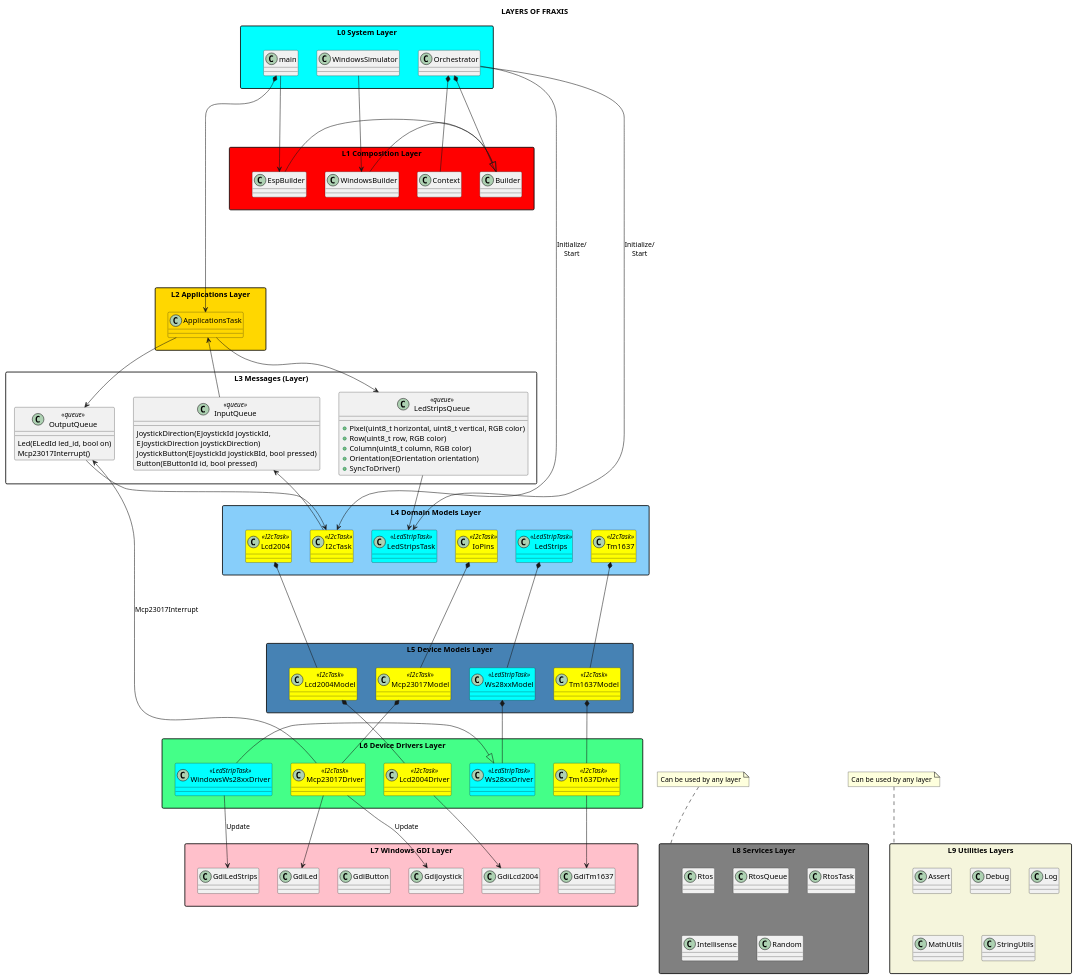
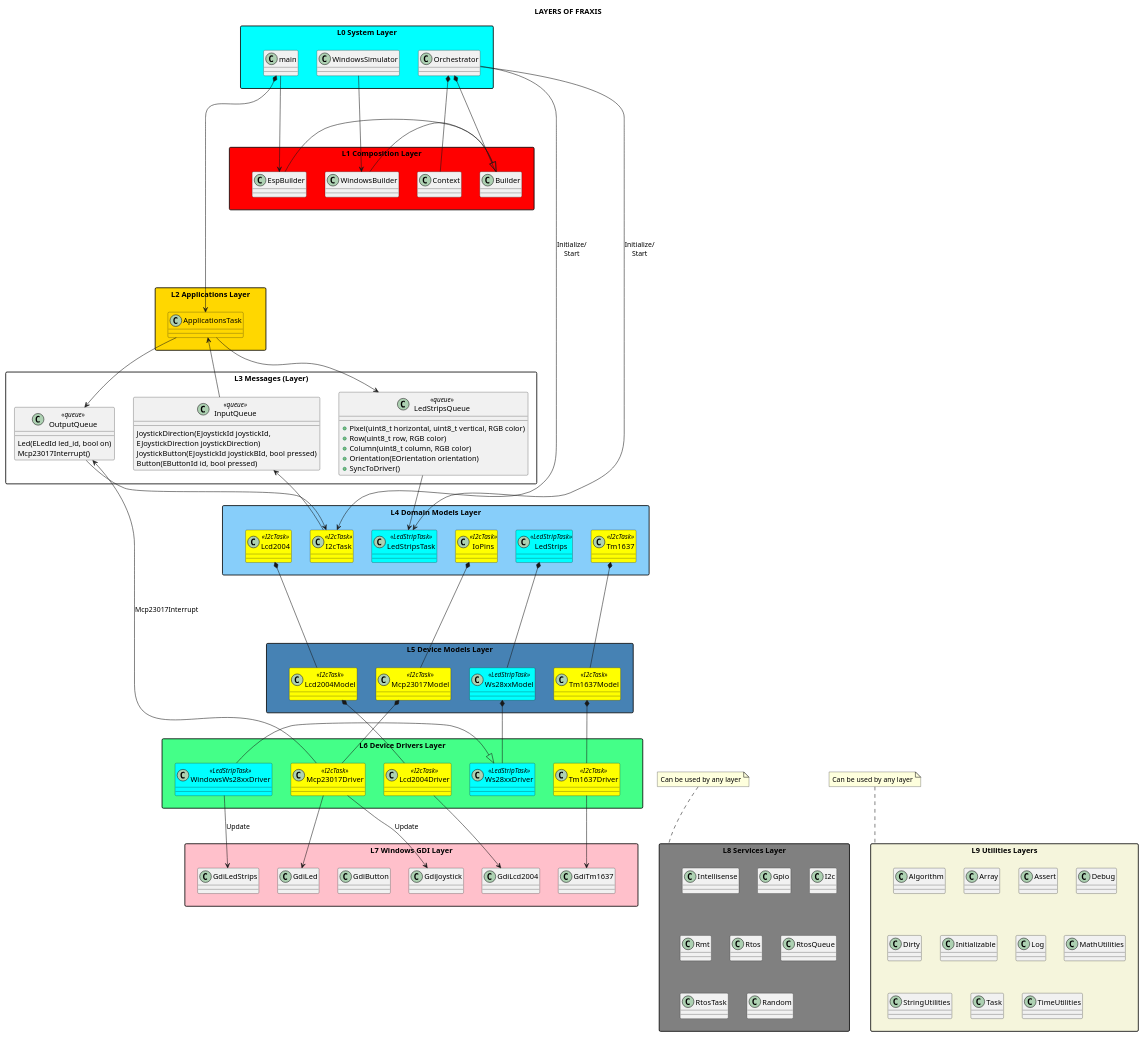
One commit to michelkeijzers/fraxis changed the diagram in Docs/Software Design/Layers/0_layers_overview.puml. Above: the diagram before and after it, drawn with PlantUML. The commit also changed 18 other files, not shown here.

Commit message:
Updated UML and adapted small non functional changes

```diff
--- a/Docs/Software Design/Layers/0_layers_overview.puml
+++ b/Docs/Software Design/Layers/0_layers_overview.puml
@@ -1,185 +1,195 @@
 @startuml
 top to bottom direction
 
 title LAYERS OF FRAXIS
 
 skinparam packageStyle rectangle
 skinparam lineThickness 2
 
 package "L0 System Layer" as SystemLayer #cyan
 {
     class main {}
     class WindowsSimulator {}
     class Orchestrator {}
 }
 
 package "L1 Composition Layer" as CompositionLayer #red 
 {
     class Builder {}
     class EspBuilder {}
     class WindowsBuilder {}
     class Context {}
 
     EspBuilder -|> Builder
     WindowsBuilder -|> Builder
 }
 
 main --> EspBuilder
 WindowsSimulator --> WindowsBuilder
 
 Orchestrator *-- Builder
 Orchestrator *-- Context
 
 package "L2 Applications Layer" as ApplicationsLayer #gold
 {
     class ApplicationsTask #gold {}
 }
 
 SystemLayer -d[hidden]-- CompositionLayer 
 CompositionLayer -d[hidden]-- ApplicationsLayer
 
 main *-->ApplicationsTask
 
 package "L3 Messages (Layer)" as MessagesLayer #White
 {
     class LedStripsQueue <<queue>> 
     {
         + Pixel(uint8_t horizontal, uint8_t vertical, RGB color)
         + Row(uint8_t row, RGB color)
         + Column(uint8_t column, RGB color)
         + Orientation(EOrientation orientation)
         + SyncToDriver()
     }
 
     class OutputQueue <<queue>> 
     {
         Led(ELedId led_id, bool on)
         Mcp23017Interrupt()
     }
 
     class InputQueue <<queue>> 
     {
         JoystickDirection(EJoystickId joystickId, 
             EJoystickDirection joystickDirection)
         JoystickButton(EJoystickId joystickBId, bool pressed)
         Button(EButtonId id, bool pressed)
     }
 }
 
 package "L4 Domain Models Layer" as DomainModelsLayer #LightSkyBlue
 {
     class I2cTask <<I2cTask>> #yellow
     class IoPins <<I2cTask>> #yellow
     class Lcd2004 <<I2cTask>> #yellow
     class Tm1637 <<I2cTask>> #yellow
     class LedStripsTask <<LedStripTask>> #cyan
     class LedStrips <<LedStripTask>> #cyan
 }
 
 Orchestrator --> I2cTask: Initialize/\nStart
 Orchestrator --> LedStripsTask: Initialize/\nStart
 
 ApplicationsTask --> LedStripsQueue
 ApplicationsTask --> OutputQueue
 InputQueue       --> ApplicationsTask
 InputQueue -d[hidden]- DomainModelsLayer
 
 OutputQueue     --> I2cTask
 LedStripsQueue  --> LedStripsTask
 I2cTask         --> InputQueue
 
 package "L5 Device Models Layer" as DeviceModelsLayer #SteelBlue
 {
     class Ws28xxModel <<LedStripTask>> #cyan
     class Mcp23017Model <<I2cTask>> #yellow
     class Tm1637Model <<I2cTask>> #yellow
     class Lcd2004Model <<I2cTask>> #yellow
 
     LedStrips *-- Ws28xxModel
     IoPins *- Mcp23017Model
     Tm1637 *- Tm1637Model
     Lcd2004 *- Lcd2004Model
 }
 
 DeviceModelsLayer -u[hidden]-- DomainModelsLayer
 
 package "L6 Device Drivers Layer" as DeviceDriversLayer #4f8
 {
     class WindowsWs28xxDriver <<LedStripTask>> #cyan
     class Ws28xxDriver <<LedStripTask>> #cyan
     WindowsWs28xxDriver -|> Ws28xxDriver 
     class Mcp23017Driver <<I2cTask>> #yellow
     class Tm1637Driver <<I2cTask>> #yellow
     class Lcd2004Driver <<I2cTask>> #yellow
 }
 
 Ws28xxModel    *-- Ws28xxDriver 
 Mcp23017Model  *-- Mcp23017Driver 
 Mcp23017Driver  -u-> OutputQueue : Mcp23017Interrupt
 Tm1637Model    *-- Tm1637Driver
 Lcd2004Model   *-- Lcd2004Driver
 
 package "L7 Windows GDI Layer" as WindowsGdiLayer #pink
 {
     class GdiLedStrips
     class GdiJoystick
     class GdiLed
     class GdiButton
     class GdiTm1637
     class GdiLcd2004
 }
 
 DeviceDriversLayer -u[hidden]-- WindowsGdiLayer
 
 WindowsWs28xxDriver ->  GdiLedStrips : Update
 Mcp23017Driver --> GdiJoystick : Update
 Mcp23017Driver -> GdiLed
 Tm1637Driver --> GdiTm1637
 Lcd2004Driver --> GdiLcd2004
 
 package "L8 Services Layer" as ServicesLayer #grey
 {
+    class Intellisense {}
+    class Gpio {}
+    class I2c {}
+    class Rmt {}
     class Rtos {}
     class RtosQueue {}
     class RtosTask {}
     class Intellisense {}
     class Random {}
 }
 note top of ServicesLayer
     Can be used by any layer
 end note
 
 ServicesLayer -l[hidden]- WindowsGdiLayer
 
 ' CompositionLayer --> ServicesLayer
 ' ApplicationsLayer --> ServicesLayer
 ' DomainModelsLayer --> ServicesLayer
 ' DeviceModelsLayer --> ServicesLayer
 ' DeviceDriversLayer --> ServicesLayer
 ' WindowsGdiLayer --> ServicesLayer
 
 package "L9 Utilities Layers" as UtilitiesLayer #Beige
 {
+    class Algorithm {}
+    class Array {}
     class Assert {}
     class Debug {}
+    class Dirty {}
+    class Initializable {}
     class Log {}
-    class MathUtils {}
-    class StringUtils {}
+    class MathUtilities {}
+    class StringUtilities {}
+    class Task {}
+    class TimeUtilities {}
 }
 note top of UtilitiesLayer
     Can be used by any layer
 end note
 
 UtilitiesLayer -l[hidden]- WindowsGdiLayer
 
 ' CompositionLayer --> UtilsLayer
 ' ApplicationsLayer --> UtilsLayer
 ' DomainModelsLayer --> UtilsLayer
 ' DeviceModelsLayer --> UtilsLayer
 ' DeviceDriversLayer --> UtilsLayer
 ' WindowsGdiLayer --> UtilsLayer
 ' ServicesLayer --> UtilsLayer
 
 'WindowsGdiLayer -u[hidden]-- ServicesLayer
 
 @enduml
```
